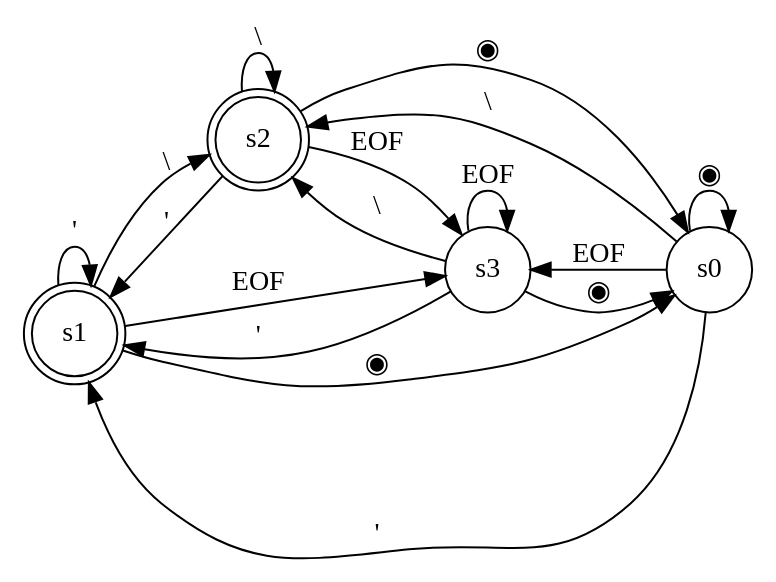
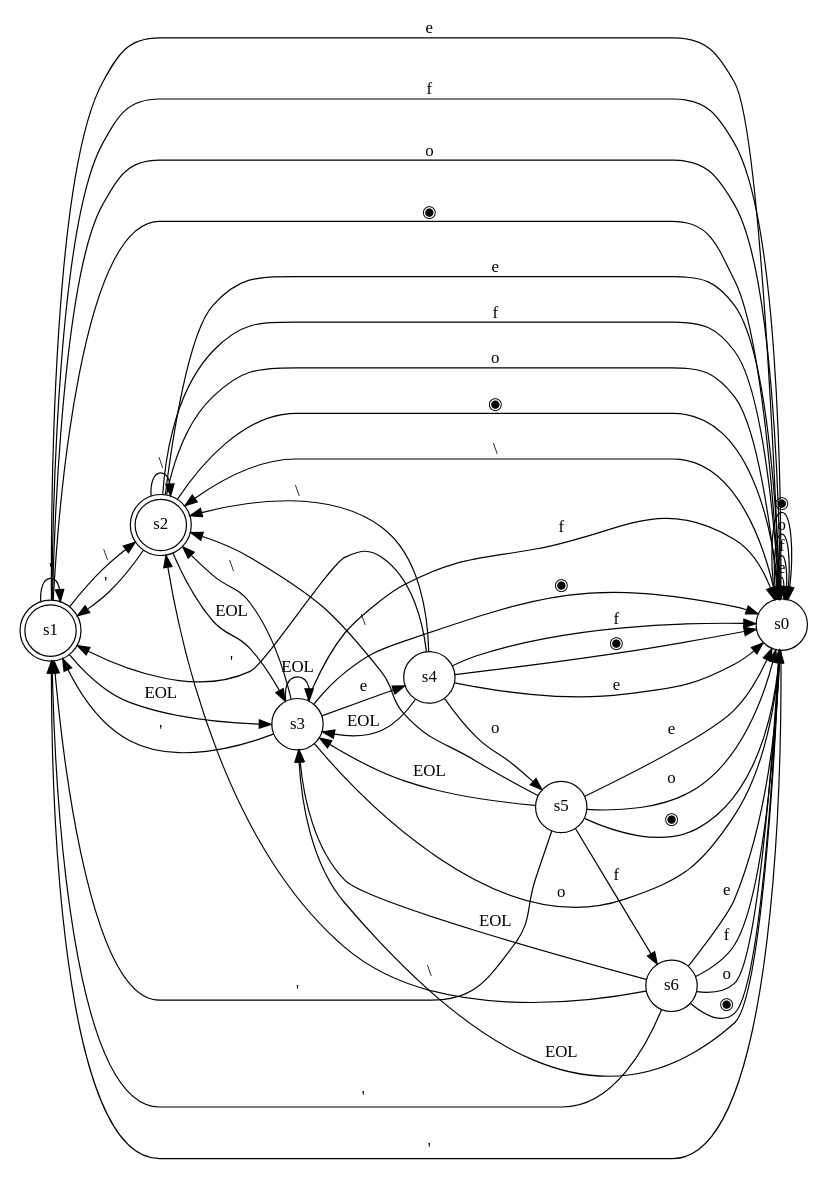
The diagram in ref/mmm_machine_6.gv (pschlump/lexie), drawn with Graphviz before and after one commit. The commit also changed 52 other files, not shown here.

```diff
--- a/ref/mmm_machine_6.gv
+++ b/ref/mmm_machine_6.gv
@@ -1,22 +1,55 @@
 digraph finite_state_machine {
 	rankdir=LR;
-	size="18,5"
+	size="18,8"
 	node [shape = doublecircle]; s1 s2;
 	node [shape = circle];
 	s0 -> s1 [ label = "'" ];
 	s0 -> s2 [ label = "\\" ];
+	s0 -> s0 [ label = "e" ];
+	s0 -> s0 [ label = "f" ];
+	s0 -> s0 [ label = "o" ];
+	s0 -> s3 [ label = "EOL" ];
 	s0 -> s0 [ label = "◉" ];
-	s0 -> s3 [ label = "EOF" ];
 	s1 -> s1 [ label = "'" ];
 	s1 -> s2 [ label = "\\" ];
+	s1 -> s0 [ label = "e" ];
+	s1 -> s0 [ label = "f" ];
+	s1 -> s0 [ label = "o" ];
+	s1 -> s3 [ label = "EOL" ];
 	s1 -> s0 [ label = "◉" ];
-	s1 -> s3 [ label = "EOF" ];
 	s2 -> s1 [ label = "'" ];
 	s2 -> s2 [ label = "\\" ];
+	s2 -> s0 [ label = "e" ];
+	s2 -> s0 [ label = "f" ];
+	s2 -> s0 [ label = "o" ];
+	s2 -> s3 [ label = "EOL" ];
 	s2 -> s0 [ label = "◉" ];
-	s2 -> s3 [ label = "EOF" ];
 	s3 -> s1 [ label = "'" ];
 	s3 -> s2 [ label = "\\" ];
+	s3 -> s4 [ label = "e" ];
+	s3 -> s0 [ label = "f" ];
+	s3 -> s0 [ label = "o" ];
+	s3 -> s3 [ label = "EOL" ];
 	s3 -> s0 [ label = "◉" ];
-	s3 -> s3 [ label = "EOF" ];
+	s4 -> s1 [ label = "'" ];
+	s4 -> s2 [ label = "\\" ];
+	s4 -> s0 [ label = "e" ];
+	s4 -> s0 [ label = "f" ];
+	s4 -> s5 [ label = "o" ];
+	s4 -> s3 [ label = "EOL" ];
+	s4 -> s0 [ label = "◉" ];
+	s5 -> s1 [ label = "'" ];
+	s5 -> s2 [ label = "\\" ];
+	s5 -> s0 [ label = "e" ];
+	s5 -> s6 [ label = "f" ];
+	s5 -> s0 [ label = "o" ];
+	s5 -> s3 [ label = "EOL" ];
+	s5 -> s0 [ label = "◉" ];
+	s6 -> s1 [ label = "'" ];
+	s6 -> s2 [ label = "\\" ];
+	s6 -> s0 [ label = "e" ];
+	s6 -> s0 [ label = "f" ];
+	s6 -> s0 [ label = "o" ];
+	s6 -> s3 [ label = "EOL" ];
+	s6 -> s0 [ label = "◉" ];
 }
```
